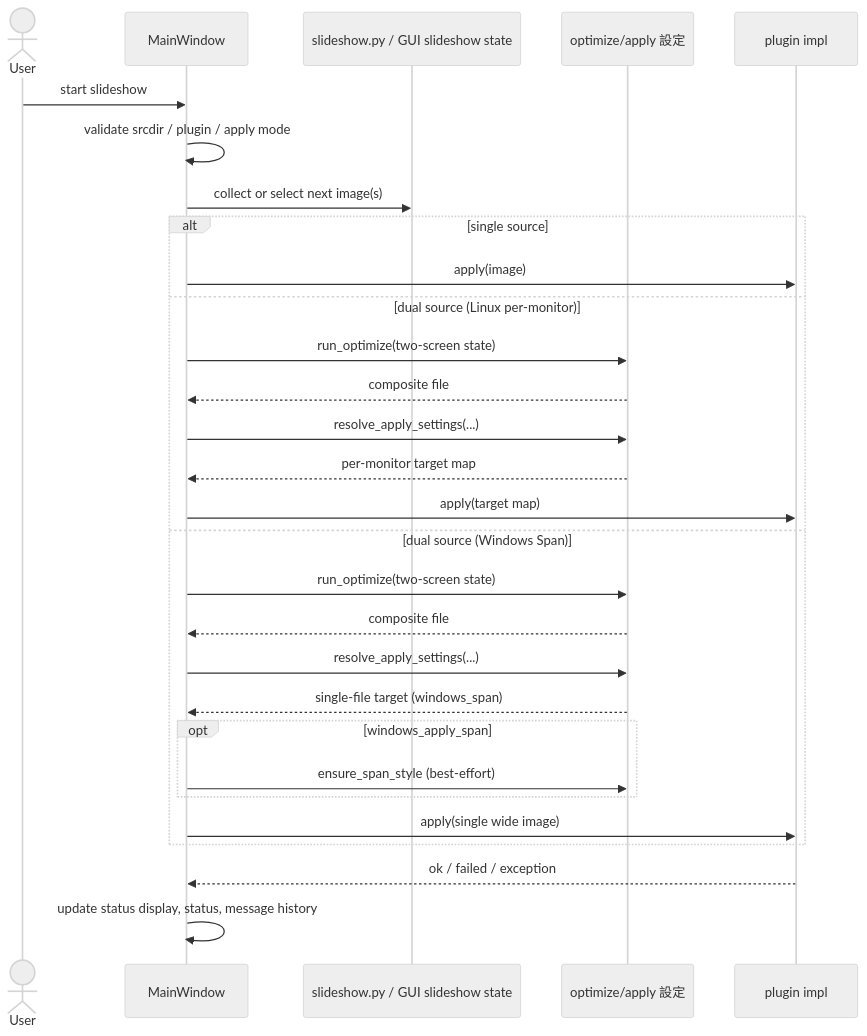
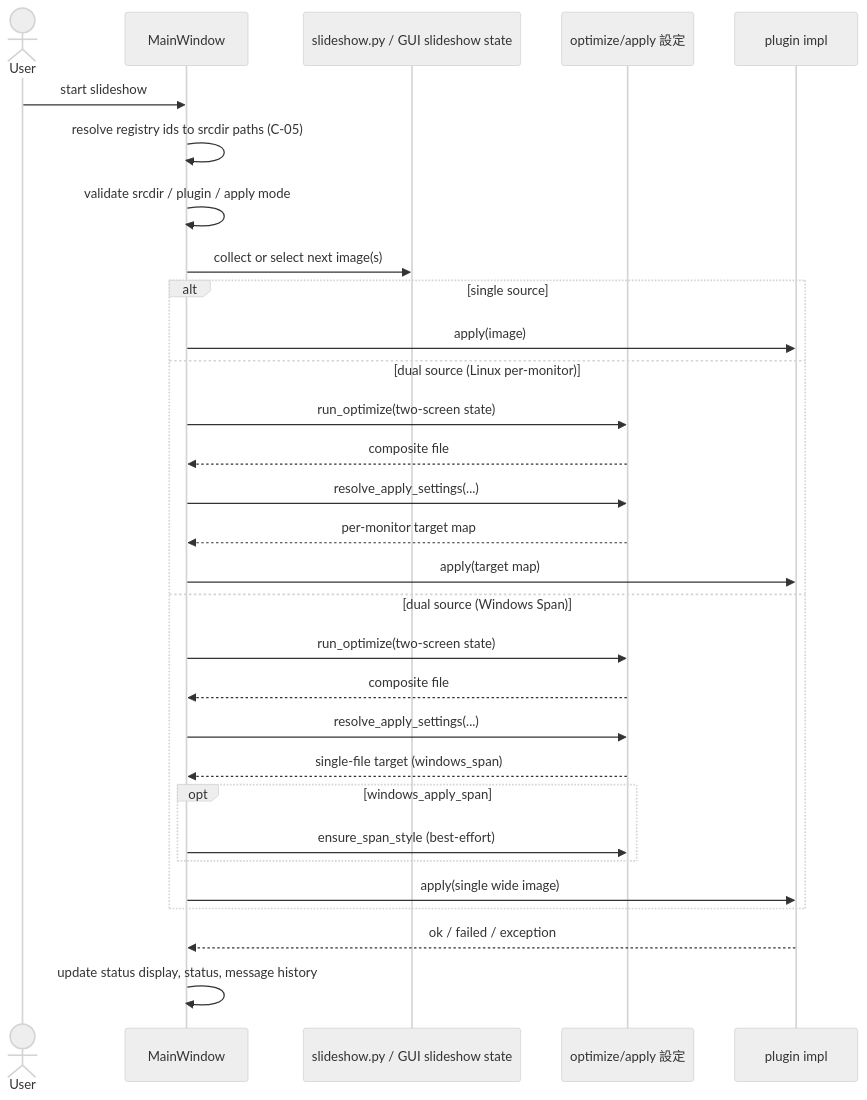
The diagram in docs/specs/slideshow/harite-slideshow-spec.md (oggy8021/Harite), drawn with Mermaid (neutral theme) before and after one commit. The commit also changed other lines of this file and 4 other files, not shown here.

First line of the commit message:
docs: C-05 spec — registry resolve at start, NAS path notes

````diff
--- a/docs/specs/slideshow/harite-slideshow-spec.md
+++ b/docs/specs/slideshow/harite-slideshow-spec.md
@@ -38,32 +45,33 @@
 ```mermaid
 sequenceDiagram
     actor User
     participant GUI as MainWindow
     participant Slideshow as slideshow.py / GUI slideshow state
     participant Core as optimize/apply 設定
     participant Plugin as plugin impl
 
     User->>GUI: start slideshow
+    GUI->>GUI: resolve registry ids to srcdir paths (C-05)
     GUI->>GUI: validate srcdir / plugin / apply mode
     GUI->>Slideshow: collect or select next image(s)
     alt single source
         GUI->>Plugin: apply(image)
     else dual source (Linux per-monitor)
         GUI->>Core: run_optimize(two-screen state)
         Core-->>GUI: composite file
         GUI->>Core: resolve_apply_settings(...)
         Core-->>GUI: per-monitor target map
         GUI->>Plugin: apply(target map)
     else dual source (Windows Span)
         GUI->>Core: run_optimize(two-screen state)
         Core-->>GUI: composite file
         GUI->>Core: resolve_apply_settings(...)
         Core-->>GUI: single-file target (windows_span)
         opt windows_apply_span
             GUI->>Core: ensure_span_style (best-effort)
         end
         GUI->>Plugin: apply(single wide image)
     end
     Plugin-->>GUI: ok / failed / exception
     GUI->>GUI: update status display, status, message history
 ```
````
